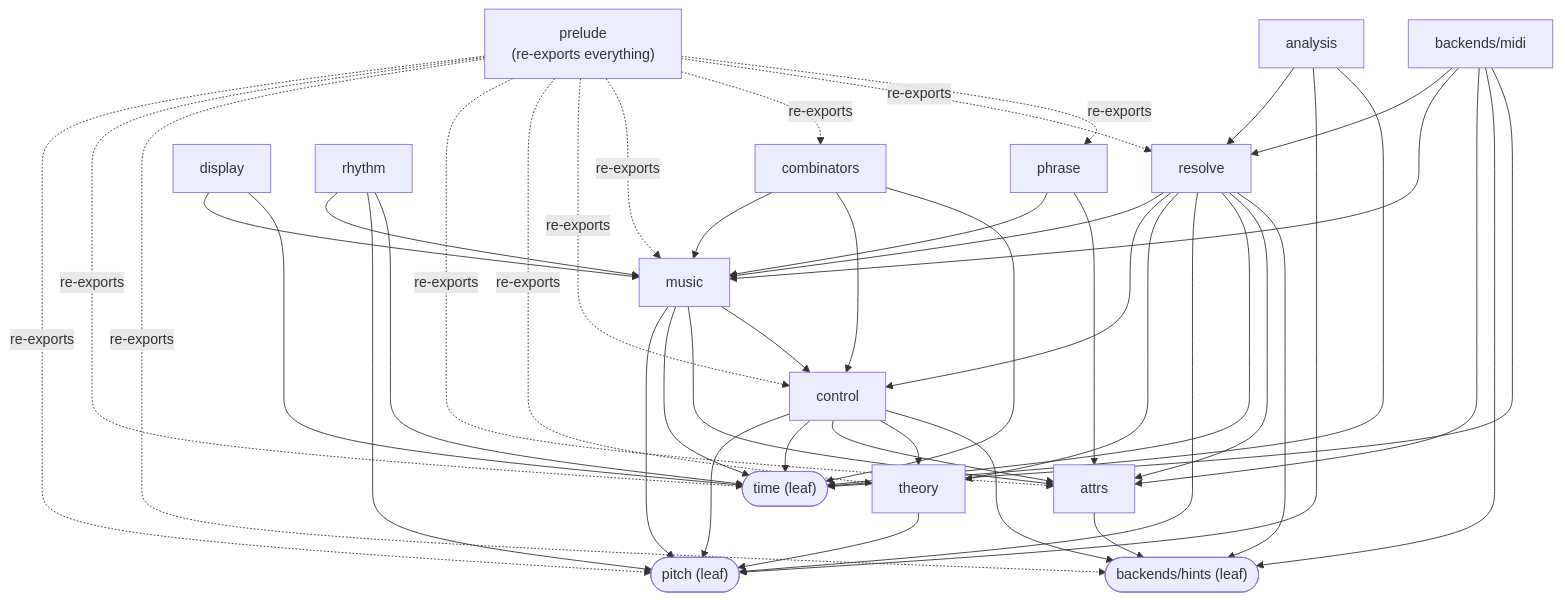
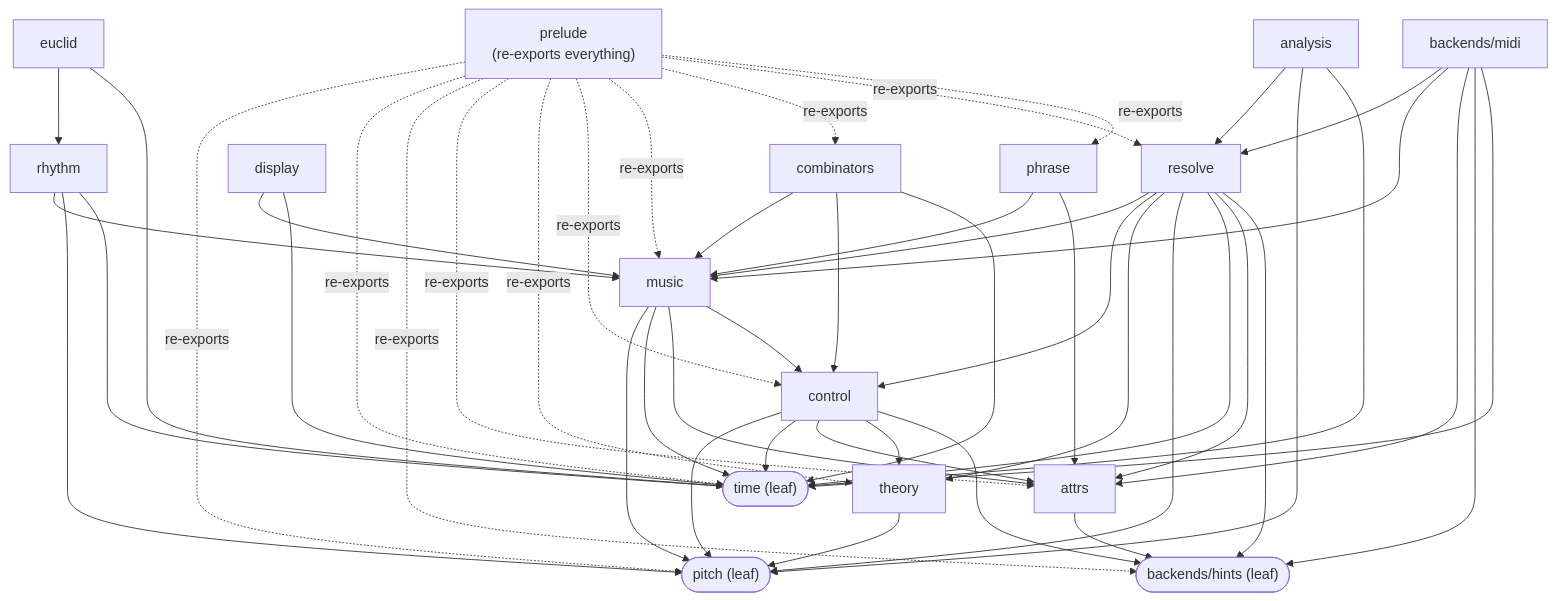
The first of 2 diagrams in docs/ARCHITECTURE.md (Soushi888/music-as-code), drawn with Mermaid before and after one commit. The commit also changed other lines of this file and 5 other files, not shown here.

````diff
--- a/docs/ARCHITECTURE.md
+++ b/docs/ARCHITECTURE.md
@@ -9,22 +9,23 @@
 ```mermaid
 graph TD
     prelude["prelude<br/>(re-exports everything)"]
 
     pitch(["pitch (leaf)"])
     time(["time (leaf)"])
     hints(["backends/hints (leaf)"])
 
     prelude -.->|re-exports| pitch & time & hints & attrs & theory & control & music & combinators & resolve & phrase
 
     attrs --> hints
     theory --> pitch
     control --> pitch & time & attrs & theory & hints
     music --> pitch & time & attrs & control
     combinators --> music & control & time
     display --> music & time
     analysis --> resolve & pitch & time
     rhythm --> music & pitch & time
+    euclid --> rhythm & time
     midi["backends/midi"] --> resolve & music & attrs & hints & time
     resolve --> music & control & theory & pitch & time & attrs & hints
     phrase --> music & attrs
 ```
````
